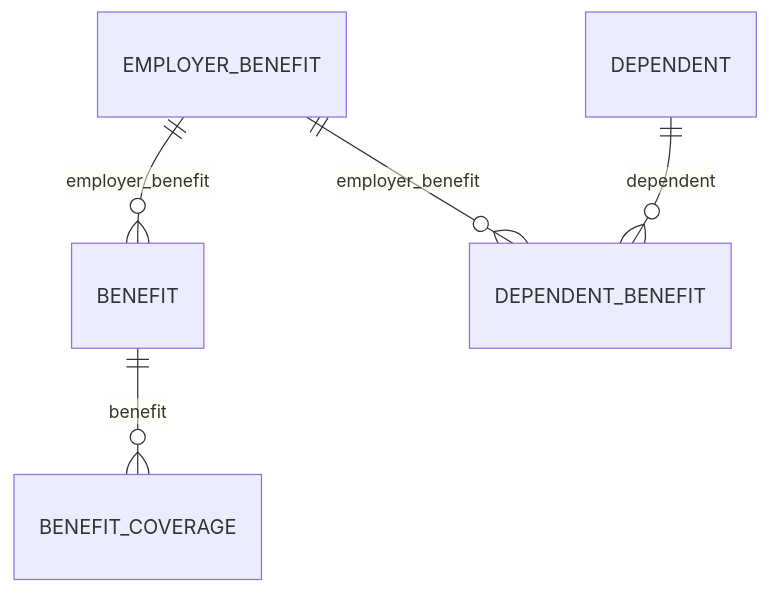
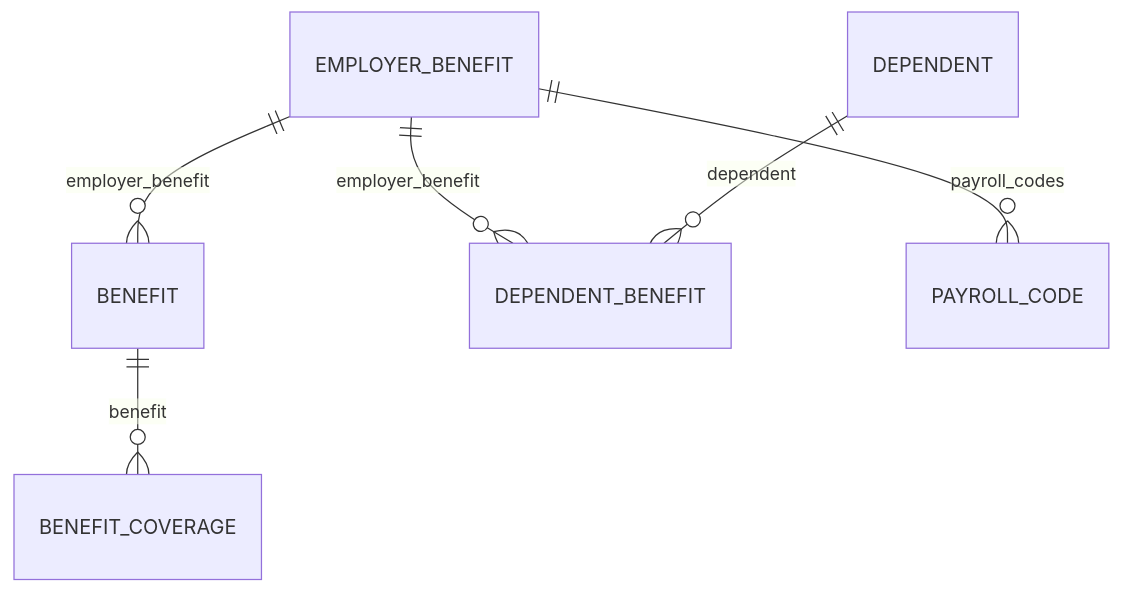
Before and after one commit to kaval1810/bindbee-docs-test: the diagram in explanation/benefits-models.mdx, drawn with Mermaid. The commit also changed other lines of this file and 2 other files, not shown here.

First line of the commit message:
Correct the benefits-to-payroll join: the plan carries the codes

````diff
--- a/explanation/benefits-models.mdx
+++ b/explanation/benefits-models.mdx
@@ -27,7 +27,8 @@
 ```mermaid
 erDiagram
     EMPLOYER_BENEFIT ||--o{ BENEFIT : "employer_benefit"
     EMPLOYER_BENEFIT ||--o{ DEPENDENT_BENEFIT : "employer_benefit"
+    EMPLOYER_BENEFIT ||--o{ PAYROLL_CODE : "payroll_codes"
     BENEFIT ||--o{ BENEFIT_COVERAGE : "benefit"
     DEPENDENT ||--o{ DEPENDENT_BENEFIT : "dependent"
 ```
````
